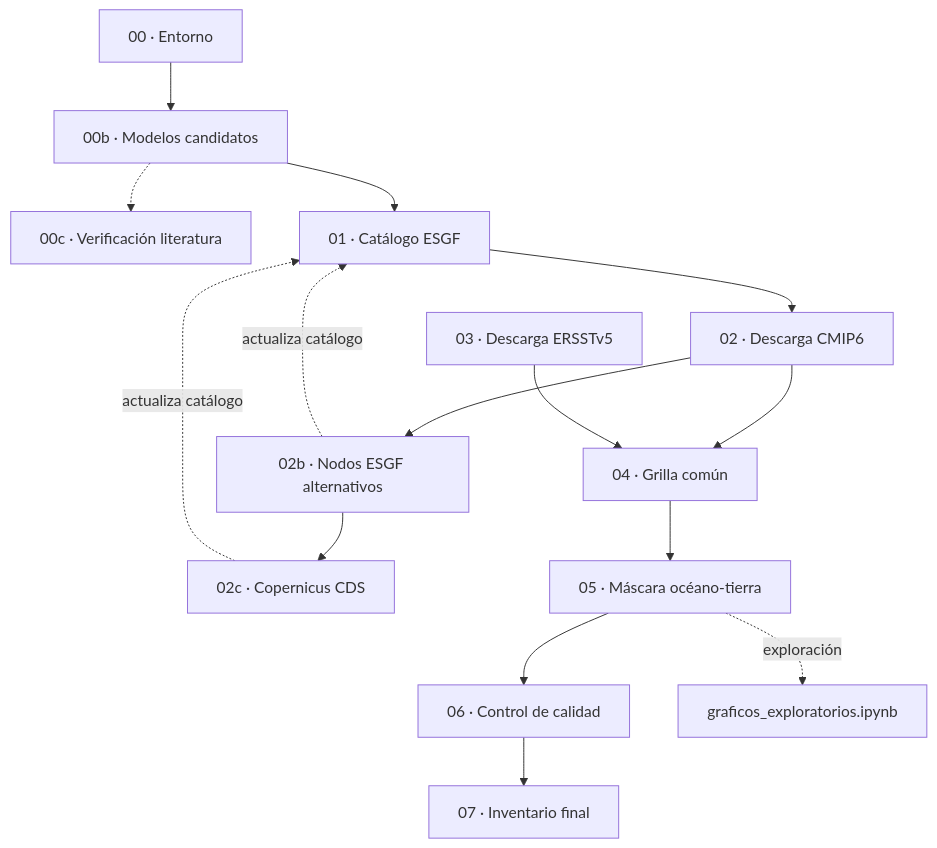
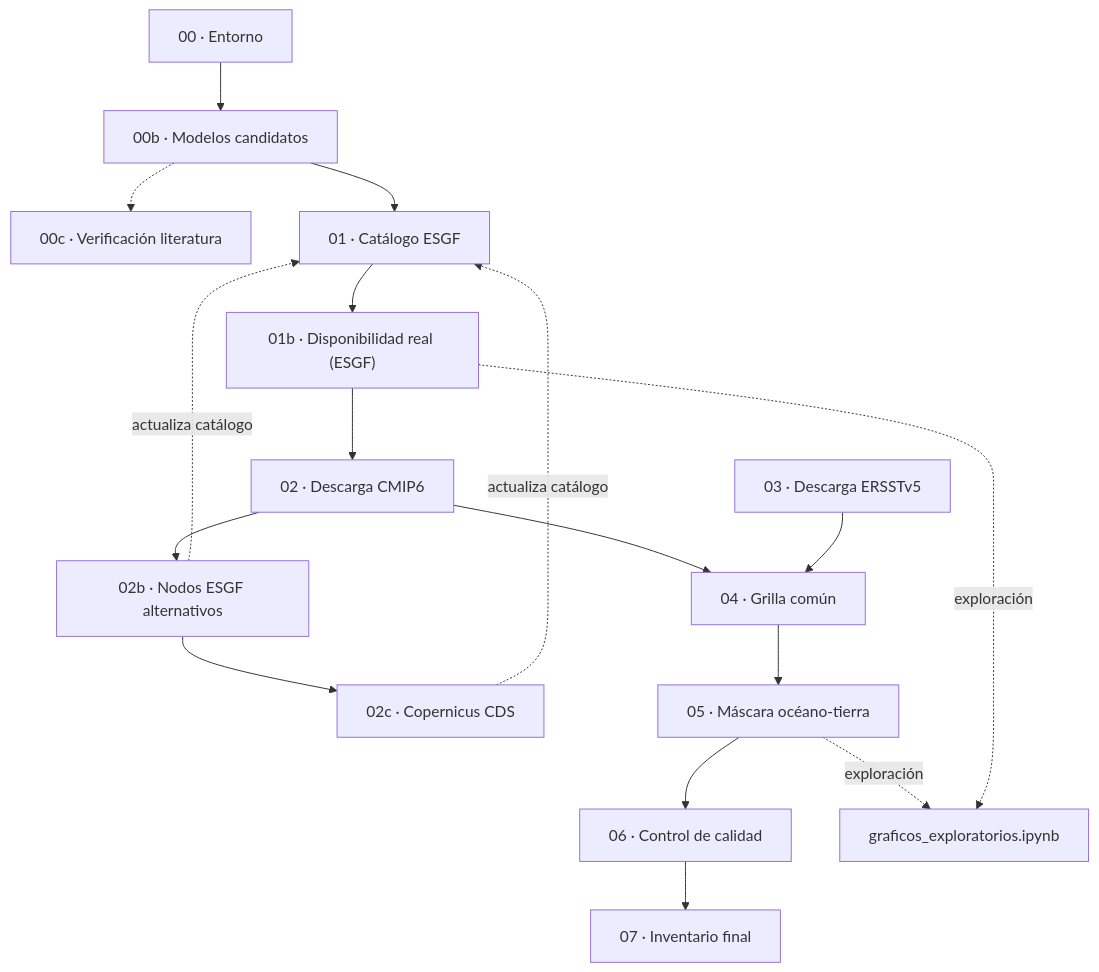
One commit to Japq91/e1_smn changed the diagram in README.md. Above: the diagram before and after it, drawn with Mermaid. The commit also changed other lines of this file and 17 other files, not shown here.

````diff
--- a/README.md
+++ b/README.md
@@ -9,27 +20,29 @@
 ```mermaid
 flowchart TD
     S00["00 · Entorno"]
     S00b["00b · Modelos candidatos"]
     S00c["00c · Verificación literatura"]
     S01["01 · Catálogo ESGF"]
+    S01b["01b · Disponibilidad real (ESGF)"]
     S02b["02b · Nodos ESGF alternativos"]
     S02c["02c · Copernicus CDS"]
     S02["02 · Descarga CMIP6"]
     S03["03 · Descarga ERSSTv5"]
     S04["04 · Grilla común"]
     S05["05 · Máscara océano-tierra"]
     S06["06 · Control de calidad"]
     S07["07 · Inventario final"]
 
     S00 --> S00b --> S01
     S00b -.-> S00c
-    S01 --> S02
+    S01 --> S01b --> S02
     S02 --> S02b --> S02c
     S02b -.->|"actualiza catálogo"| S01
     S02c -.->|"actualiza catálogo"| S01
     S02 --> S04
     S03 --> S04
     S04 --> S05
     S05 --> S06 --> S07
     S05 -."exploración".-> NB["graficos_exploratorios.ipynb"]
+    S01b -."exploración".-> NB
 ```
````
